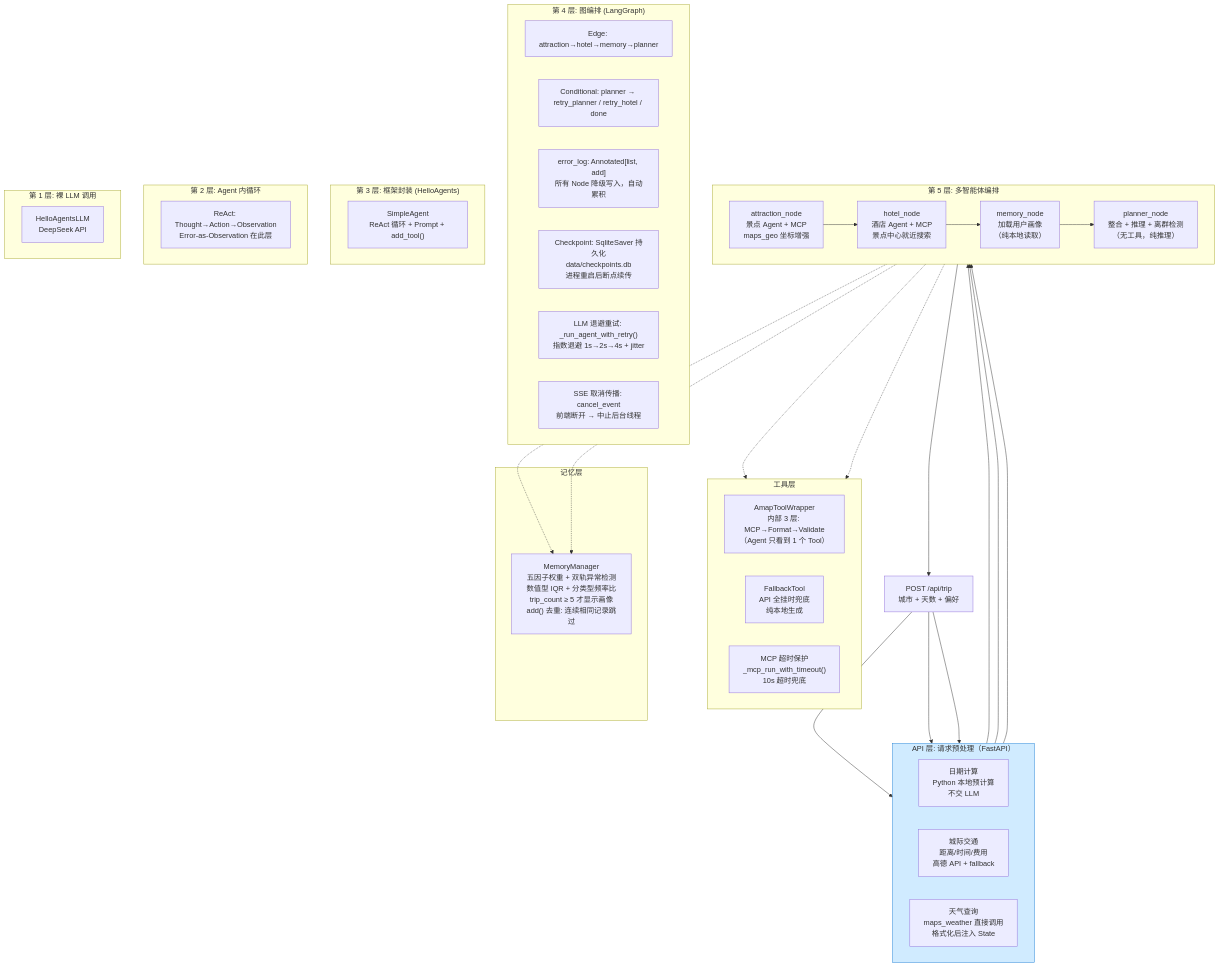
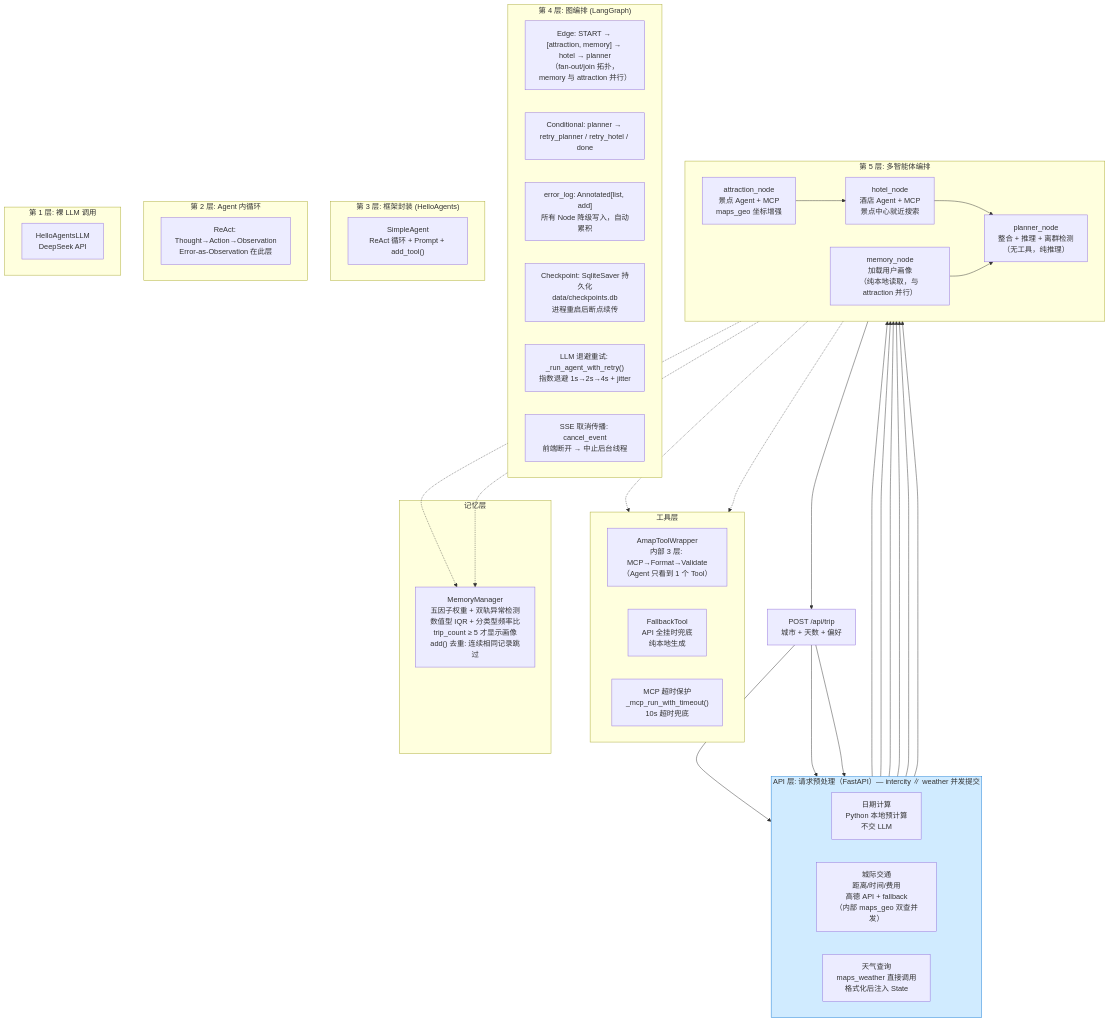
The first of 7 diagrams in ARCHITECTURE.md (SuperGODOG/tripplanner), drawn with Mermaid before and after one commit. The commit also changed other lines of this file and 1 other file, not shown here.

First line of the commit message:
docs: 同步 ARCHITECTURE + CLAUDE 到 fan-out 拓扑

````diff
--- a/ARCHITECTURE.md
+++ b/ARCHITECTURE.md
@@ -9,61 +9,63 @@
 ```mermaid
 flowchart TB
-    subgraph APILayer["API 层: 请求预处理（FastAPI）"]
+    subgraph APILayer["API 层: 请求预处理（FastAPI）— intercity ∥ weather 并发提交"]
         direction LR
         PRE1["日期计算<br/>Python 本地预计算<br/>不交 LLM"]
-        PRE2["城际交通<br/>距离/时间/费用<br/>高德 API + fallback"]
+        PRE2["城际交通<br/>距离/时间/费用<br/>高德 API + fallback<br/>（内部 maps_geo 双查并发）"]
         PRE3["天气查询<br/>maps_weather 直接调用<br/>格式化后注入 State"]
     end
 
     subgraph Layer5["第 5 层: 多智能体编排"]
         direction LR
         N1["attraction_node<br/>景点 Agent + MCP<br/>maps_geo 坐标增强"]
         N3["hotel_node<br/>酒店 Agent + MCP<br/>景点中心就近搜索"]
-        N4["memory_node<br/>加载用户画像<br/>（纯本地读取）"]
+        N4["memory_node<br/>加载用户画像<br/>（纯本地读取，与 attraction 并行）"]
         N5["planner_node<br/>整合 + 推理 + 离群检测<br/>（无工具，纯推理）"]
     end
 
     subgraph Layer4["第 4 层: 图编排 (LangGraph)"]
-        EDGE["Edge: attraction→hotel→memory→planner"]
+        EDGE["Edge: START → [attraction, memory] → hotel → planner<br/>（fan-out/join 拓扑，memory 与 attraction 并行）"]
         COND["Conditional: planner → retry_planner / retry_hotel / done"]
         ERRLOG["error_log: Annotated[list, add]<br/>所有 Node 降级写入，自动累积"]
         CHECKPOINT["Checkpoint: SqliteSaver 持久化<br/>data/checkpoints.db<br/>进程重启后断点续传"]
         RETRY["LLM 退避重试: _run_agent_with_retry()<br/>指数退避 1s→2s→4s + jitter"]
         CANCEL["SSE 取消传播: cancel_event<br/>前端断开 → 中止后台线程"]
     end
 
     subgraph Layer3["第 3 层: 框架封装 (HelloAgents)"]
         AGENT["SimpleAgent<br/>ReAct 循环 + Prompt + add_tool()"]
     end
 
     subgraph Layer2["第 2 层: Agent 内循环"]
         REACT["ReAct: Thought→Action→Observation<br/>Error-as-Observation 在此层"]
     end
 
     subgraph Layer1["第 1 层: 裸 LLM 调用"]
         LLM["HelloAgentsLLM<br/>DeepSeek API"]
     end
 
     subgraph ToolLayer["工具层"]
         direction LR
         WRAPPER["AmapToolWrapper<br/>内部 3 层: MCP→Format→Validate<br/>（Agent 只看到 1 个 Tool）"]
         FALLBACK["FallbackTool<br/>API 全挂时兜底<br/>纯本地生成"]
         MCPTIMEOUT["MCP 超时保护<br/>_mcp_run_with_timeout()<br/>10s 超时兜底"]
     end
 
     subgraph MemoryLayer["记忆层"]
         MEMORY["MemoryManager<br/>五因子权重 + 双轨异常检测<br/>数值型 IQR + 分类型频率比<br/>trip_count ≥ 5 才显示画像<br/>add() 去重: 连续相同记录跳过"]
     end
 
     USER["POST /api/trip<br/>城市 + 天数 + 偏好"] --> PRE1 & PRE2 & PRE3
-    PRE1 & PRE2 & PRE3 --> N1
-    N1 --> N3 --> N4 --> N5
+    PRE1 & PRE2 & PRE3 --> N1 & N4
+    N1 --> N3
+    N3 --> N5
+    N4 --> N5
     N5 --> USER
 
     N1 -.-> WRAPPER
     N3 -.-> WRAPPER
     N4 -.-> MEMORY
     N5 -.-> MEMORY
 
     style APILayer fill:#d0ebff,stroke:#1c7ed6
 ```
````
